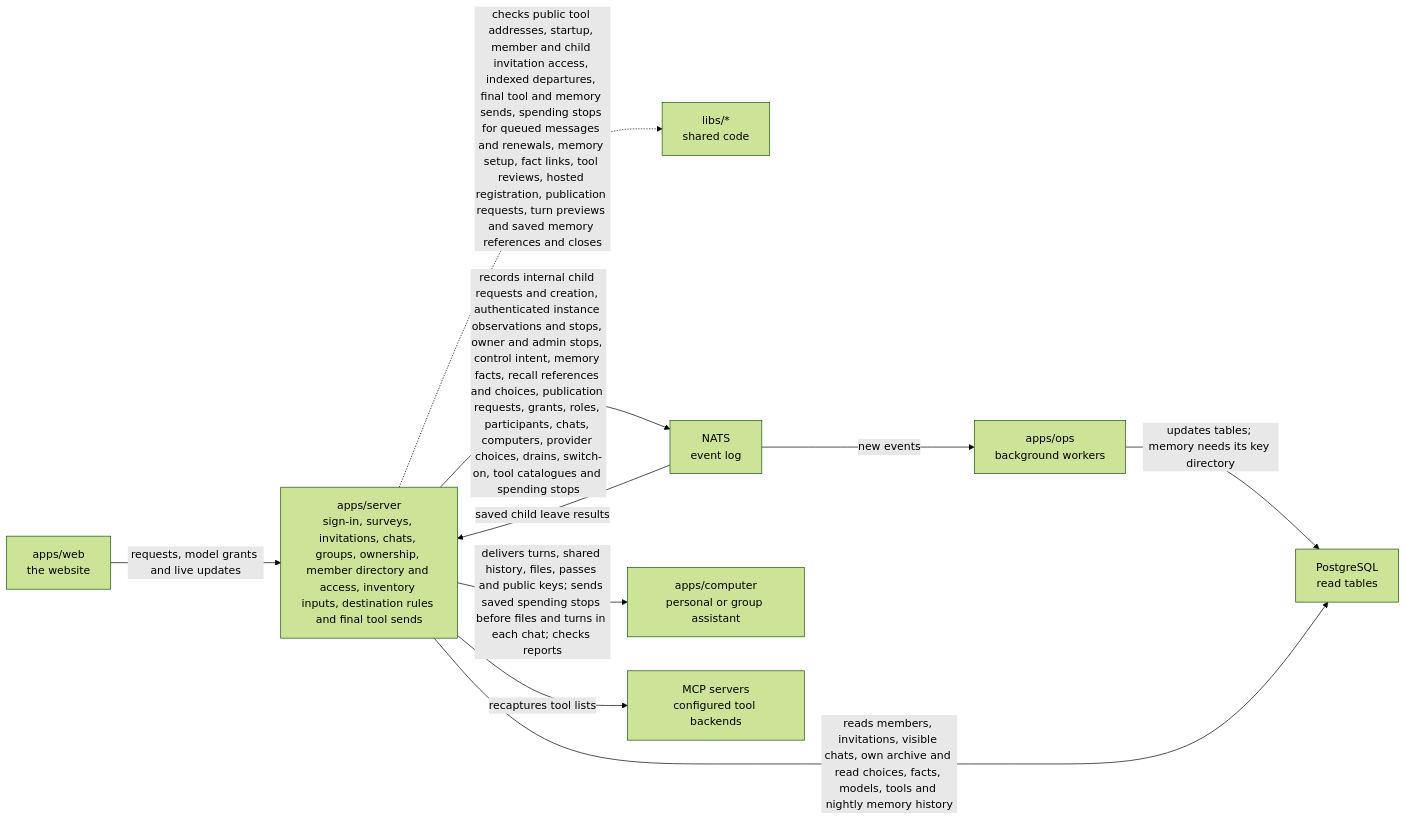
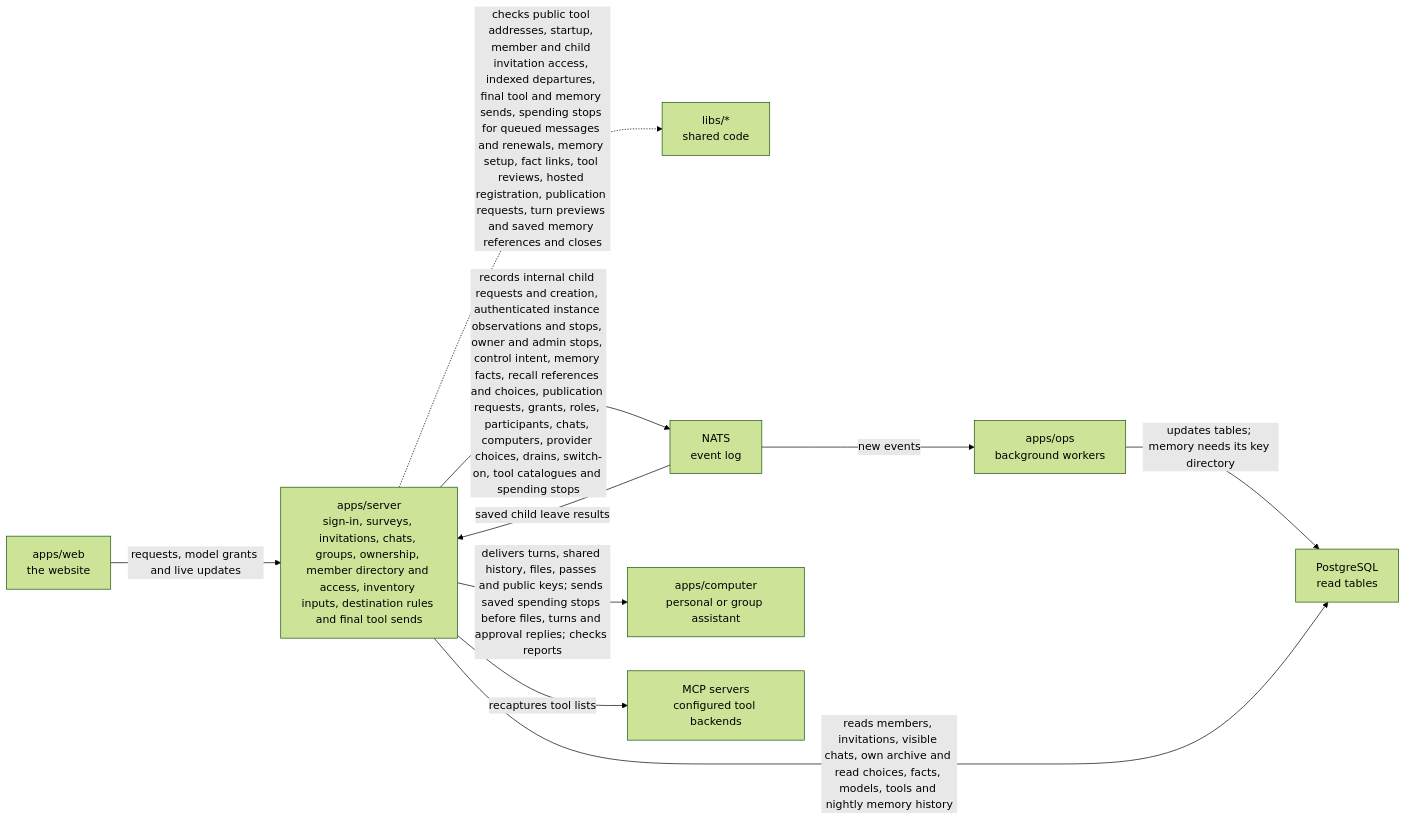
The diagram in apps/server/README.md (elewa-git/opencrane-new), drawn with Mermaid (forest theme) before and after one commit. The commit also changed other lines of this file and 8 other files, not shown here.

Commit message:
🛑 Deliver saved spending stops before approval replies

````diff
--- a/apps/server/README.md
+++ b/apps/server/README.md
@@ -11,12 +11,12 @@
 ```mermaid
 flowchart LR
   web["apps/web<br/>the website"] -->|requests, model grants and live updates| server["apps/server<br/>sign-in, surveys, invitations, chats, groups, ownership, member directory and access, inventory inputs, destination rules and final tool sends"]
   server -.->|checks public tool addresses, startup, member and child invitation access, indexed departures, final tool and memory sends, spending stops for queued messages and renewals, memory setup, fact links, tool reviews, hosted registration, publication requests, turn previews and saved memory references and closes| libs["libs/*<br/>shared code"]
   server -->|records internal child requests and creation, authenticated instance observations and stops, owner and admin stops, control intent, memory facts, recall references and choices, publication requests, grants, roles, participants, chats, computers, provider choices, drains, switch-on, tool catalogues and spending stops| nats["NATS<br/>event log"]
   nats -->|saved child leave results| server
   nats -->|new events| ops["apps/ops<br/>background workers"]
   ops -->|updates tables; memory needs its key directory| postgres["PostgreSQL<br/>read tables"]
   server -->|reads members, invitations, visible chats, own archive and read choices, facts, models, tools and nightly memory history| postgres
-  server -->|delivers turns, shared history, files, passes and public keys; sends saved spending stops before files and turns in each chat; checks reports| computer["apps/computer<br/>personal or group assistant"]
+  server -->|delivers turns, shared history, files, passes and public keys; sends saved spending stops before files, turns and approval replies; checks reports| computer["apps/computer<br/>personal or group assistant"]
   server -->|recaptures tool lists| mcp["MCP servers<br/>configured tool backends"]
 ```
````
